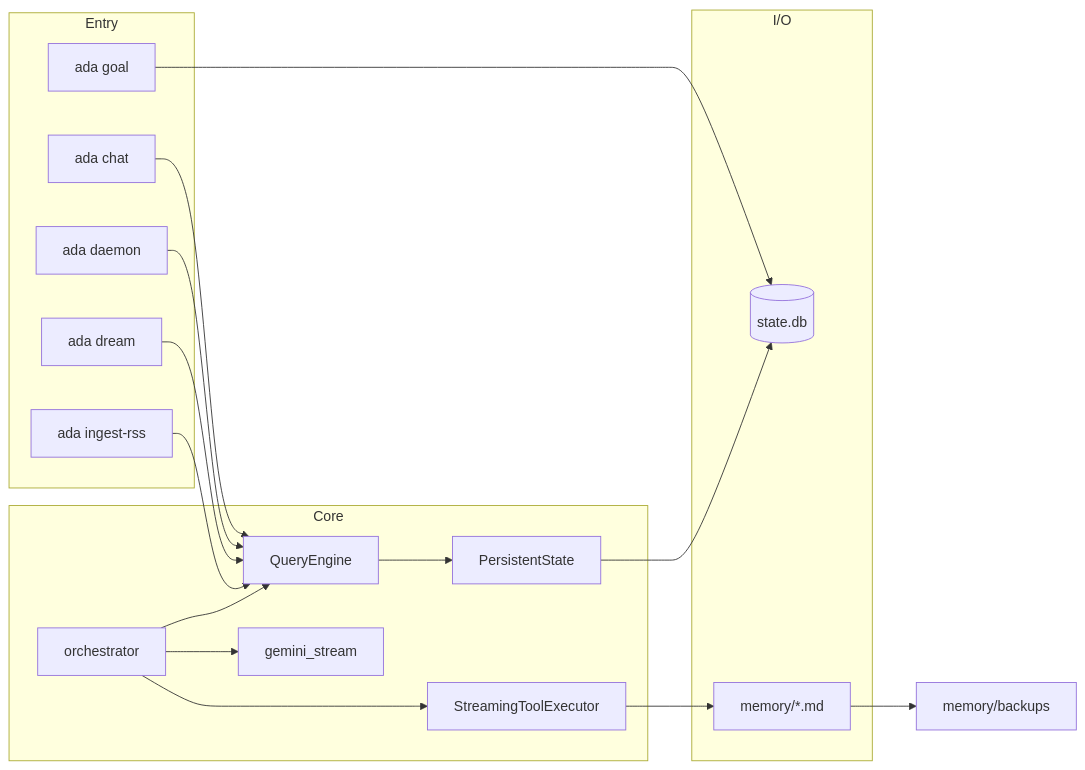
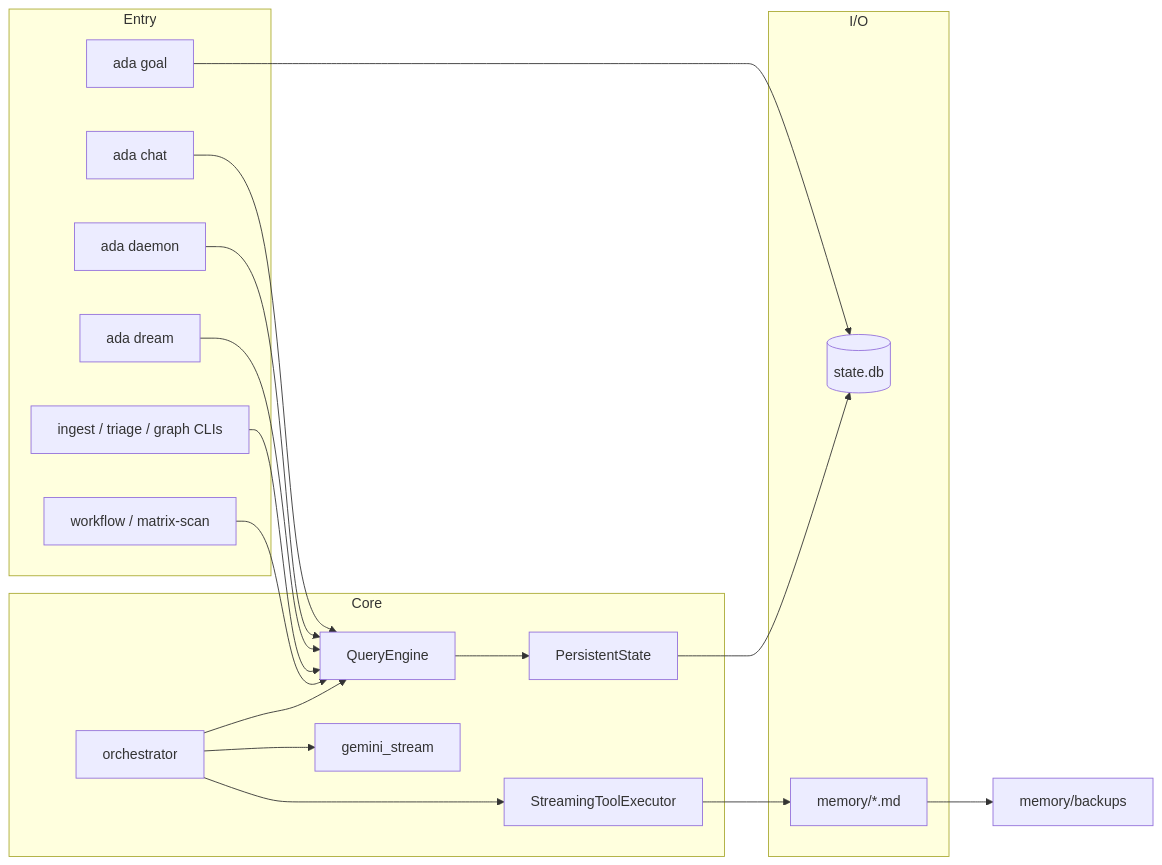
The diagram in README.md (aryanjohari/ADA), drawn with Mermaid before and after one commit. The commit also changed other lines of this file and 56 other files, not shown here.

````diff
--- a/README.md
+++ b/README.md
@@ -70,33 +70,35 @@
 ```mermaid
 flowchart LR
   subgraph entry [Entry]
     Chat[ada chat]
     GoalCLI[ada goal]
     Daemon[ada daemon]
     Dream[ada dream]
-    Ingest[ada ingest-rss]
+    Ingest[ingest / triage / graph CLIs]
+    Wf[workflow / matrix-scan]
   end
   subgraph core [Core]
     QE[QueryEngine]
     PS[PersistentState]
     Orch[orchestrator]
     Adp[gemini_stream]
     Ex[StreamingToolExecutor]
   end
   subgraph io [I/O]
     DB[(state.db)]
     Mem[memory/*.md]
   end
   Chat --> QE
   GoalCLI --> DB
   Daemon --> QE
   Dream --> QE
   Ingest --> QE
+  Wf --> QE
   QE --> PS
   PS --> DB
   Orch --> QE
   Orch --> Adp
   Orch --> Ex
   Ex --> Mem
   Mem --> backups[memory/backups]
 ```
````
